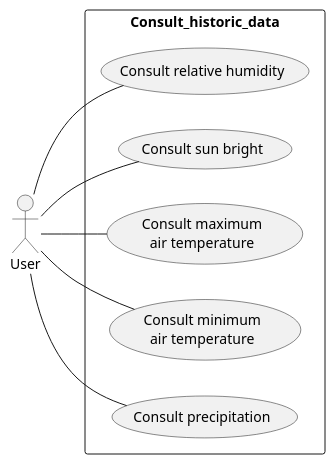
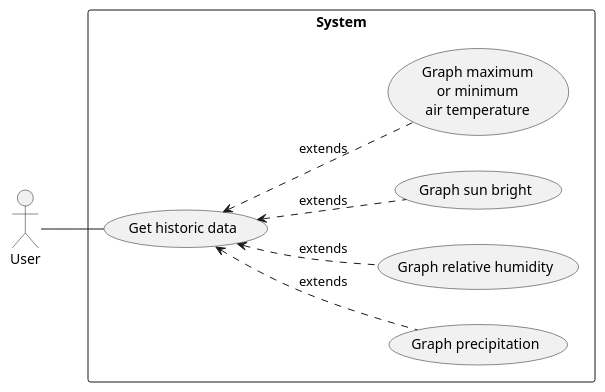
One commit to Ataches/MiCosecha_Design changed the diagram in Use_cases/Use_case_system.puml. Above: the diagram before and after it, drawn with PlantUML. The commit also changed 3 other files, not shown here.

```diff
--- a/Use_cases/Use_case_system.puml
+++ b/Use_cases/Use_case_system.puml
@@ -1,23 +1,24 @@
 @startuml
 'https://plantuml.com/use-case-diagram
 left to right direction
 skinparam packageStyle rect
 
 actor User as user
 
-package Consult_historic_data{
-    (Consult precipitation) as prec
-    (Consult relative humidity) as rhum
-    (Consult sun bright) as sbright
-    (Consult maximum\nair temperature) as max_temp
-    (Consult minimum\nair temperature) as (min_temp)
+package System{
+    (Graph precipitation) as prec
+    (Graph relative humidity) as rhum
+    (Graph sun bright) as sbright
+    (Graph maximum\nor minimum\nair temperature) as (temp)
 
-    user -- prec
-    user - rhum
-    user - sbright
-    user - max_temp
-    user - (min_temp)
+    (Get historic data) as historic
+
+    user -- historic
+
+    historic <.. prec :extends
+    historic <.. rhum :extends
+    historic <.. sbright :extends
+    historic <.. temp :extends
 }
 
-
 @enduml
```
